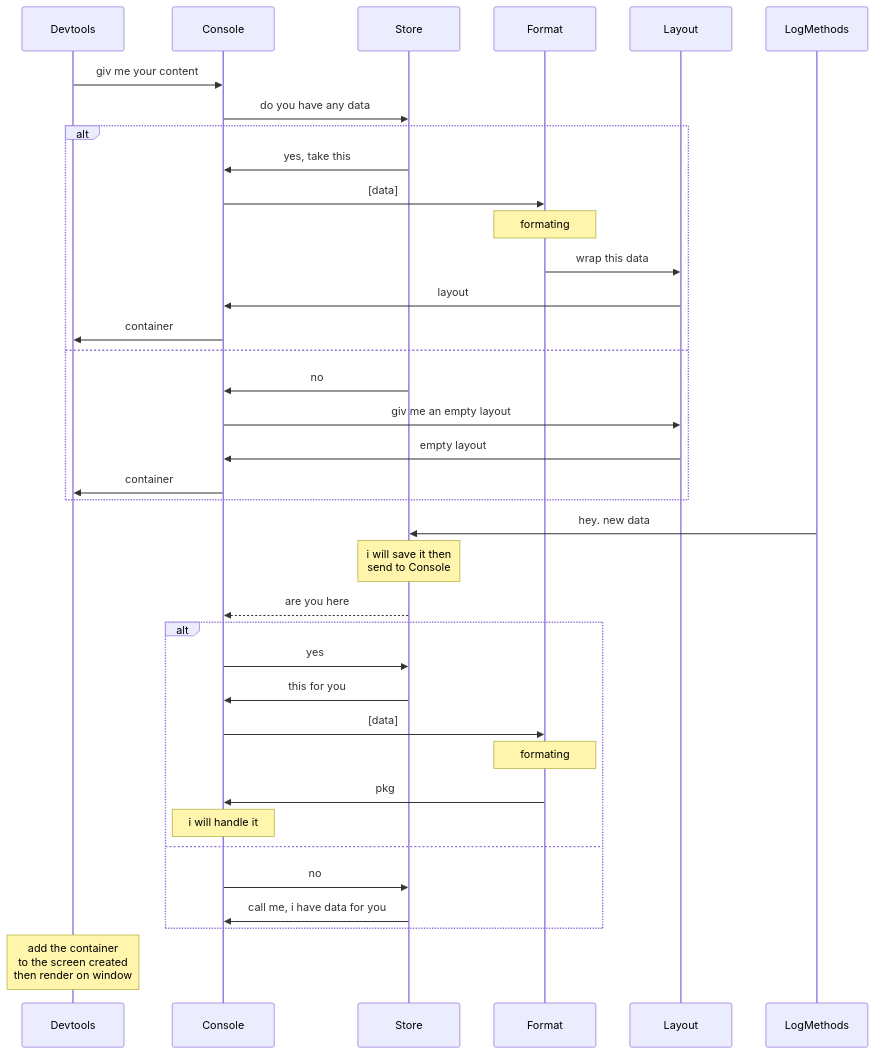
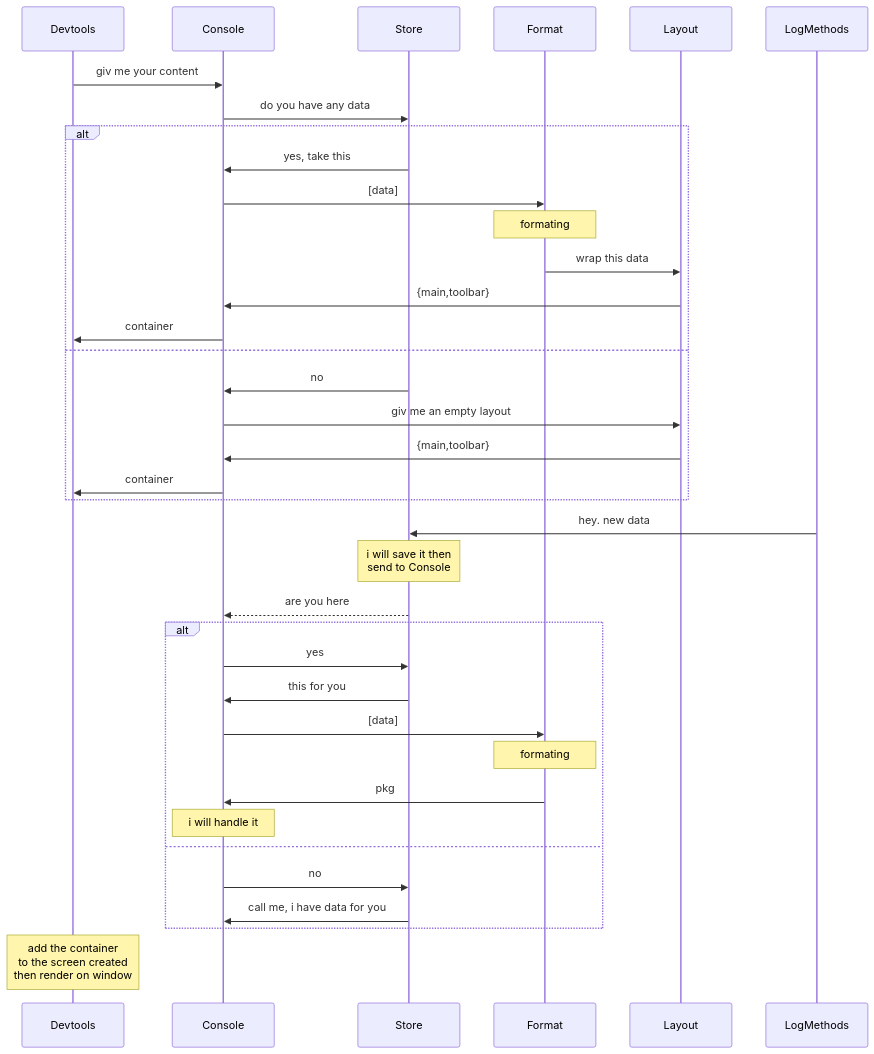
One commit to moo-m/MDev changed the second of 2 diagrams in README.md. Above: the diagram before and after it, drawn with Mermaid.

````diff
--- a/README.md
+++ b/README.md
@@ -135,52 +135,52 @@
 ```mermaid
 sequenceDiagram
 participant Devtools
 participant Console
 participant Store
 participant Format
 participant Layout
 participant LogMethods
 
 Devtools->>Console:giv me your content
 Console ->> Store:do you have any data
 
 alt
 Store->>Console:yes, take this
 Console ->> Format:[data]
 Note over Format:formating
 Format ->> Layout:wrap this data
-Layout ->> Console:layout
+Layout ->> Console:{main,toolbar}
 Console ->>Devtools:container
 
 else
 
 Store->>Console:no
 Console->>Layout:giv me an empty layout
-Layout ->> Console:empty layout
+Layout ->> Console:{main,toolbar}
 Console ->>Devtools:container
 
 end
 
 LogMethods->>Store:hey. new data
 Note over Store:i will save it then<br/>send to Console
 Store -->> Console: are you here 
 
 alt
 
 Console->>Store:yes
 Store ->>Console:this for you
 Console ->> Format:[data]
 Note over Format:formating
 Format ->> Console:pkg
 Note over Console:i will handle it
 
 else
 
 Console->>Store:no
 Store ->>Console:call me, i have data for you
 
 end
 
 Note over Devtools:add the container <br/>to the screen created <br/>then render on window
 
 ```
````
